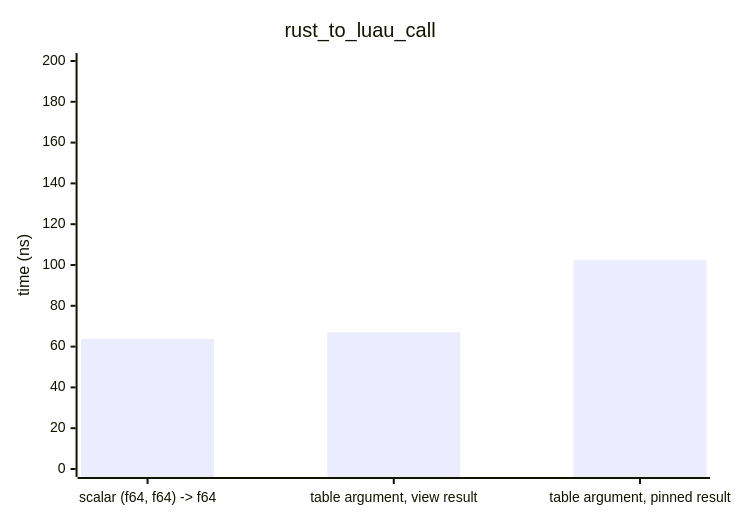
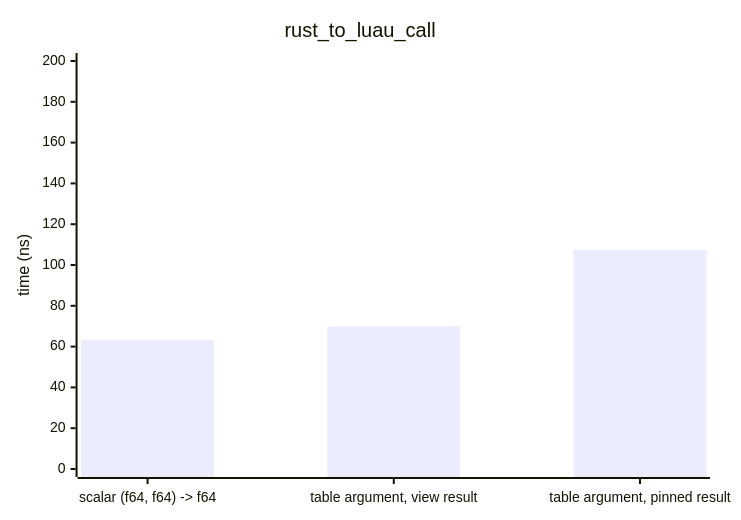
One commit to DreamWeave-MP/l3i changed the first of 12 diagrams in BENCHMARKS.md. Above: the diagram before and after it, drawn with Mermaid. The commit also changed other lines of this file and 2 other files, not shown here.

````diff
--- a/BENCHMARKS.md
+++ b/BENCHMARKS.md
@@ -17,7 +17,7 @@
 ```mermaid
 xychart-beta
     title "rust_to_luau_call"
     x-axis ["scalar (f64, f64) -> f64", "table argument, view result", "table argument, pinned result"]
     y-axis "time (ns)" 0 --> 200.00
-    bar [63.79, 67.03, 102.41]
+    bar [63.29, 69.95, 107.31]
 ```
````
